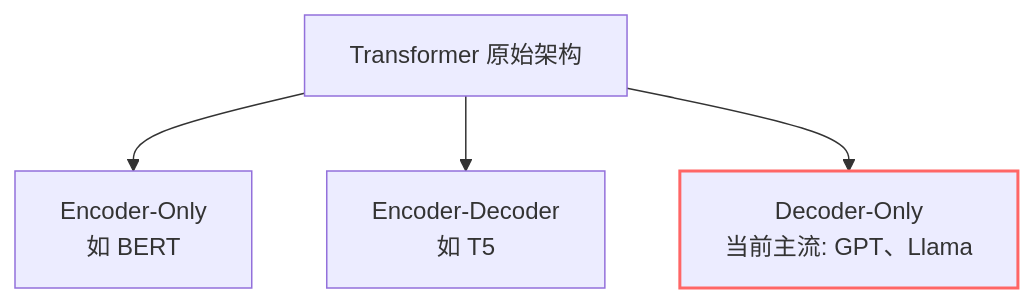
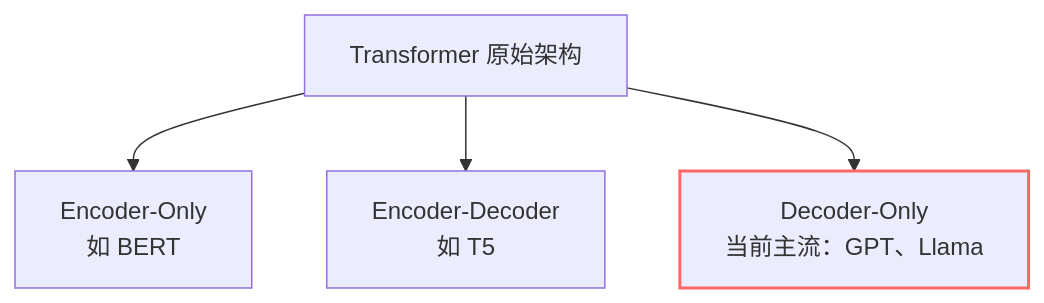
The second of 6 diagrams in content/posts/tech/ai-application-technology-learning-path-guide.md (A1pha3/text-matrix), drawn with Mermaid before and after one commit. The commit also changed other lines of this file and 227 other files, not shown here.

````diff
--- a/content/posts/tech/ai-application-technology-learning-path-guide.md
+++ b/content/posts/tech/ai-application-technology-learning-path-guide.md
@@ -118,7 +119,7 @@
 ```mermaid
 graph TD
 A[Transformer 原始架构] --> B[Encoder-Only<br/>如 BERT]
 A --> C[Encoder-Decoder<br/>如 T5]
-A --> D[Decoder-Only<br/>当前主流: GPT、Llama]
+A --> D[Decoder-Only<br/>当前主流：GPT、Llama]
 style D stroke:#f66,stroke-width:2px
 ```
````
